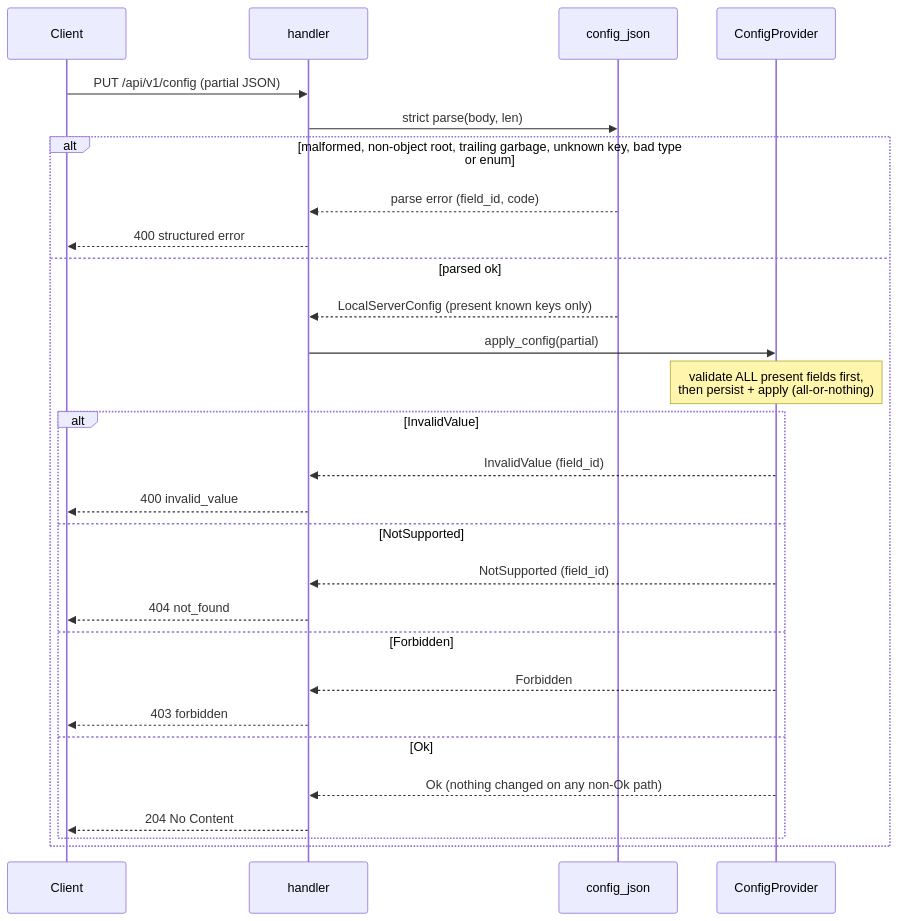
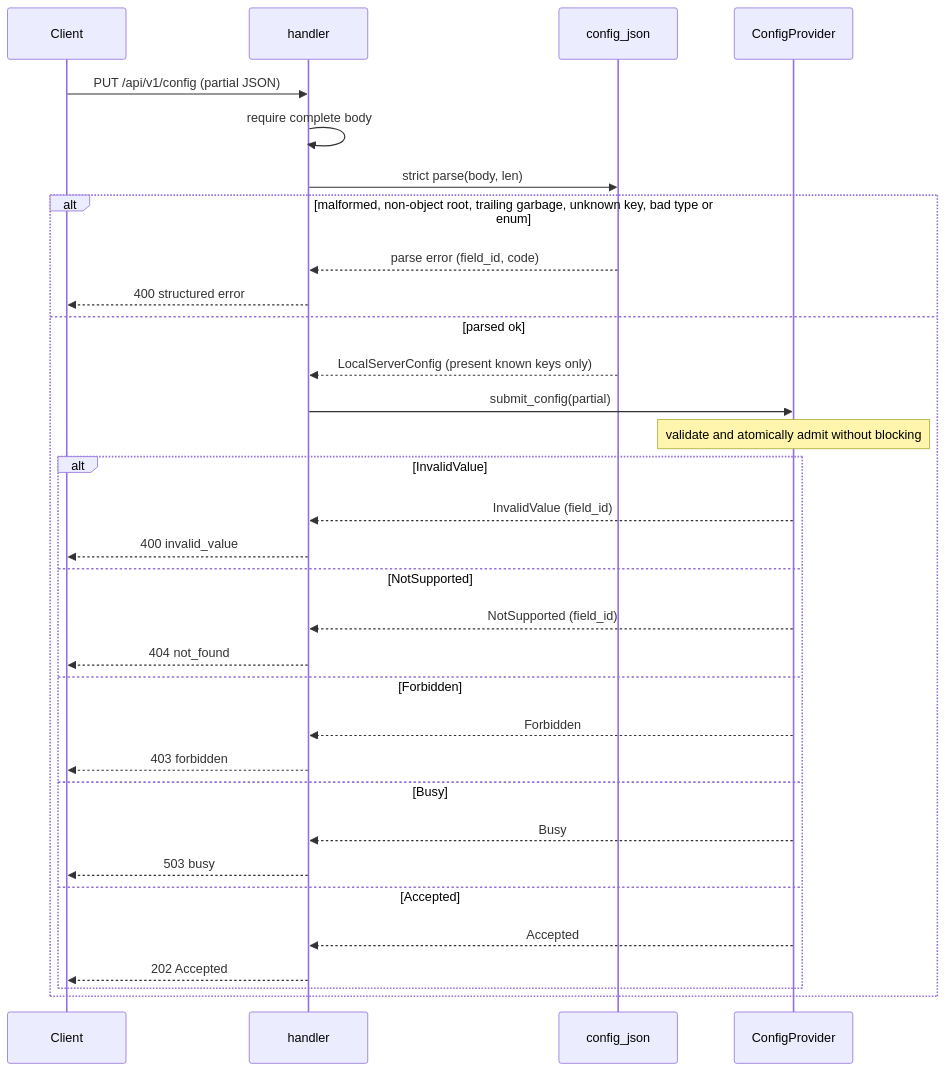
Before and after one commit to mattMRBH/firmware-core: the diagram in components/airgradient-local-server/spec.md, drawn with Mermaid. The commit also changed other lines of this file and 14 other files, not shown here.

````diff
--- a/components/airgradient-local-server/spec.md
+++ b/components/airgradient-local-server/spec.md
@@ -684,30 +696,34 @@
 ```mermaid
 sequenceDiagram
     participant C as Client
     participant LS as handler
     participant J as config_json
     participant P as ConfigProvider
     C->>LS: PUT /api/v1/config (partial JSON)
+    LS->>LS: require complete body
     LS->>J: strict parse(body, len)
     alt malformed, non-object root, trailing garbage, unknown key, bad type or enum
         J-->>LS: parse error (field_id, code)
         LS-->>C: 400 structured error
     else parsed ok
         J-->>LS: LocalServerConfig (present known keys only)
-        LS->>P: apply_config(partial)
-        Note over P: validate ALL present fields first,<br/>then persist + apply (all-or-nothing)
+        LS->>P: submit_config(partial)
+        Note over P: validate and atomically admit without blocking
         alt InvalidValue
             P-->>LS: InvalidValue (field_id)
             LS-->>C: 400 invalid_value
         else NotSupported
             P-->>LS: NotSupported (field_id)
             LS-->>C: 404 not_found
         else Forbidden
             P-->>LS: Forbidden
             LS-->>C: 403 forbidden
-        else Ok
-            P-->>LS: Ok (nothing changed on any non-Ok path)
-            LS-->>C: 204 No Content
+        else Busy
+            P-->>LS: Busy
+            LS-->>C: 503 busy
+        else Accepted
+            P-->>LS: Accepted
+            LS-->>C: 202 Accepted
         end
     end
 ```
````
